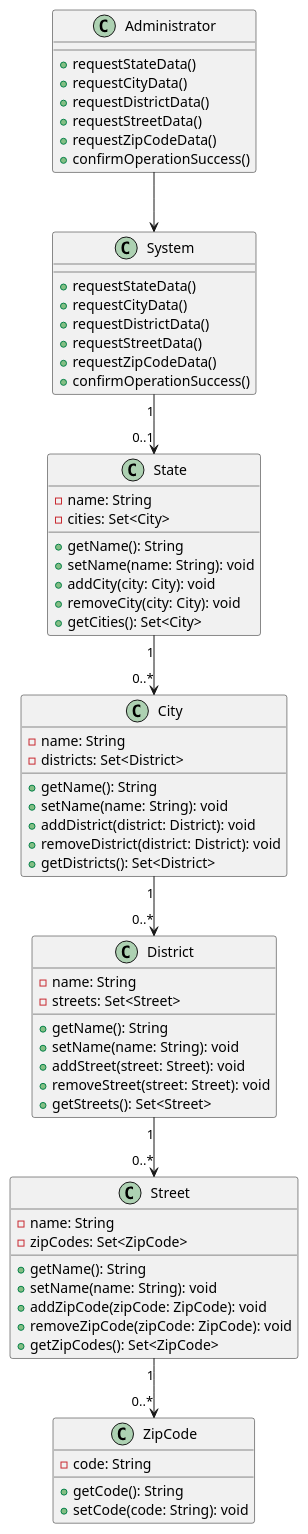
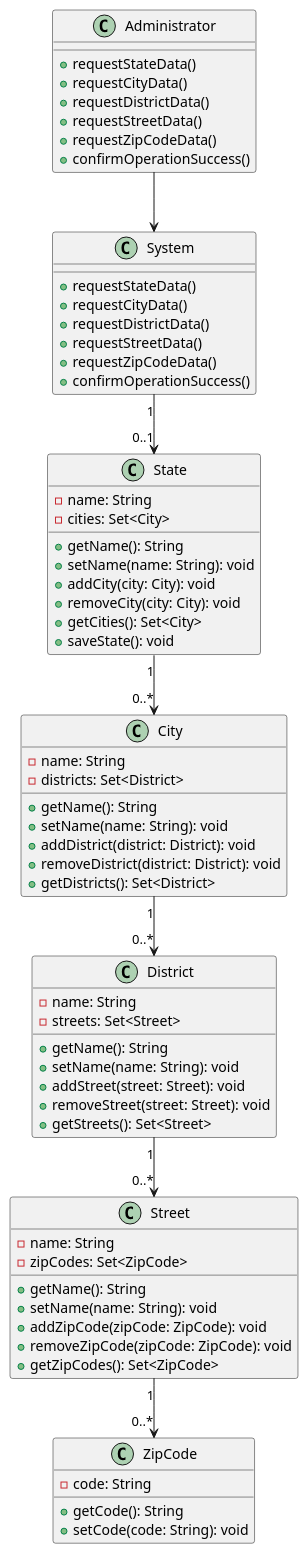
The diagram in docs/sprintB/US006/02.analysis/puml/DM.puml (tiagohcorreia/LAPR2), drawn with PlantUML before and after one commit.

Commit message:
DM.puml updated

```diff
--- a/docs/sprintB/US006/02.analysis/puml/DM.puml
+++ b/docs/sprintB/US006/02.analysis/puml/DM.puml
@@ -1,72 +1,73 @@
 @startuml
 class Administrator {
   +requestStateData()
   +requestCityData()
   +requestDistrictData()
   +requestStreetData()
   +requestZipCodeData()
   +confirmOperationSuccess()
 }
 
 class System {
   +requestStateData()
   +requestCityData()
   +requestDistrictData()
   +requestStreetData()
   +requestZipCodeData()
   +confirmOperationSuccess()
 }
 
 class State {
   -name: String
-  -cities: Set<City>
-  +getName(): String
-  +setName(name: String): void
-  +addCity(city: City): void
-  +removeCity(city: City): void
-  +getCities(): Set<City>
+    -cities: Set<City>
+    +getName(): String
+    +setName(name: String): void
+    +addCity(city: City): void
+    +removeCity(city: City): void
+    +getCities(): Set<City>
+    +saveState(): void
 }
 
 class City {
   -name: String
   -districts: Set<District>
   +getName(): String
   +setName(name: String): void
   +addDistrict(district: District): void
   +removeDistrict(district: District): void
   +getDistricts(): Set<District>
 }
 
 class District {
   -name: String
   -streets: Set<Street>
   +getName(): String
   +setName(name: String): void
   +addStreet(street: Street): void
   +removeStreet(street: Street): void
   +getStreets(): Set<Street>
 }
 
 class Street {
   -name: String
   -zipCodes: Set<ZipCode>
   +getName(): String
   +setName(name: String): void
   +addZipCode(zipCode: ZipCode): void
   +removeZipCode(zipCode: ZipCode): void
   +getZipCodes(): Set<ZipCode>
 }
 
 class ZipCode {
   -code: String
   +getCode(): String
   +setCode(code: String): void
 }
 
 Administrator --> System
 System "1" --> "0..1" State
 State "1" --> "0..*" City
 City "1" --> "0..*" District
 District "1" --> "0..*" Street
 Street "1" --> "0..*" ZipCode
 @enduml
```
